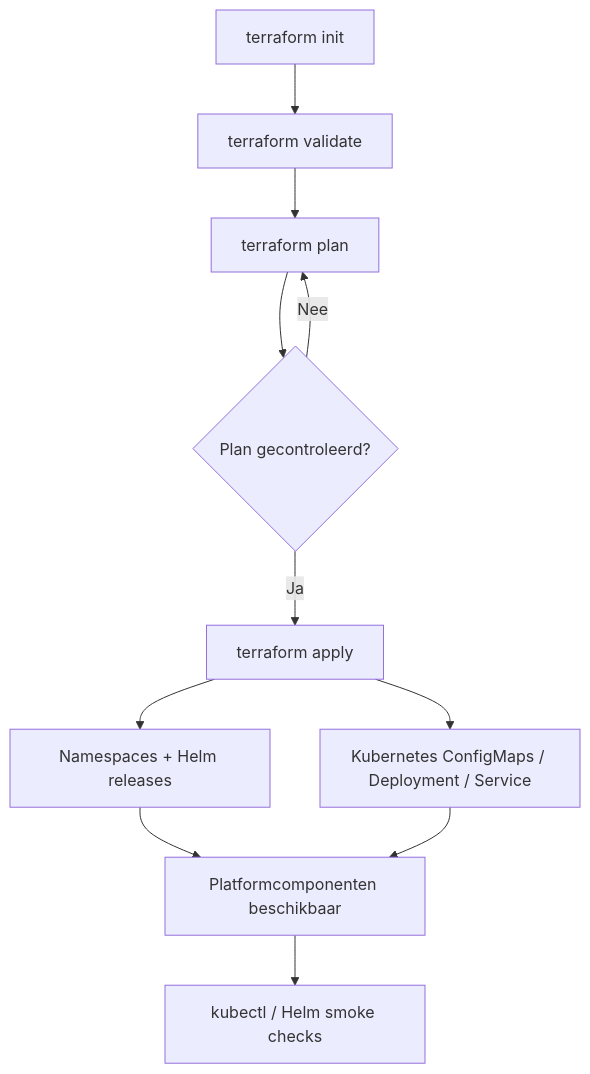
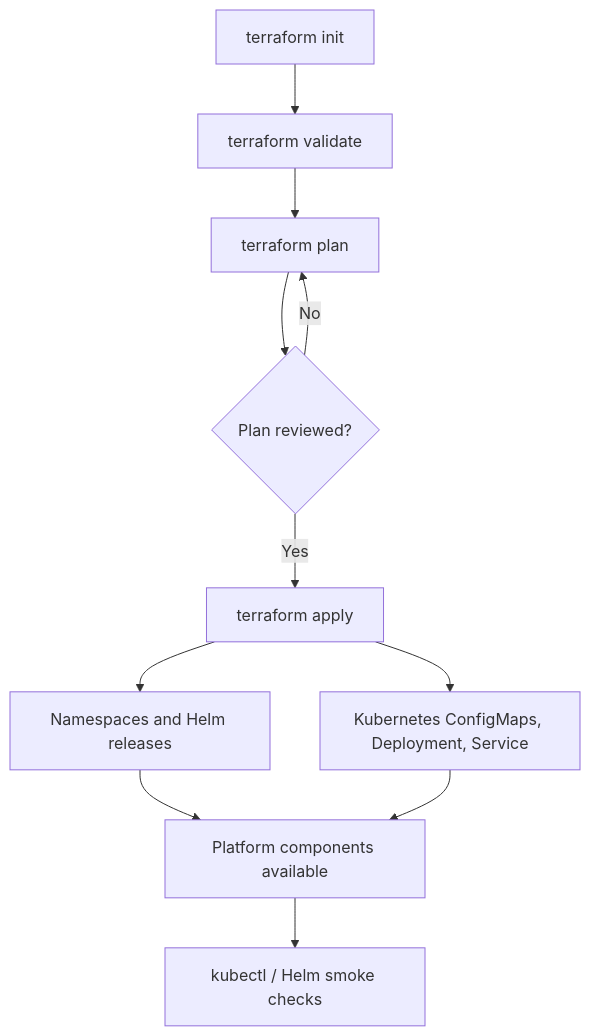
Before and after one commit to agilesolutions/AI-Incident-Commander: the diagram in terraform/README.md, drawn with Mermaid. The commit also changed other lines of this file and 6 other files, not shown here.

````diff
--- a/terraform/README.md
+++ b/terraform/README.md
@@ -250,13 +89,13 @@
 ```mermaid
 flowchart TD
-    A["terraform init"] --> B["terraform validate"]
-    B --> C["terraform plan"]
-    C --> D{"Plan gecontroleerd?"}
-    D -->|"Nee"| C
-    D -->|"Ja"| E["terraform apply"]
-    E --> F["Namespaces + Helm releases"]
-    E --> G["Kubernetes ConfigMaps / Deployment / Service"]
-    F --> H["Platformcomponenten beschikbaar"]
+    A[terraform init] --> B[terraform validate]
+    B --> C[terraform plan]
+    C --> D{Plan reviewed?}
+    D -->|No| C
+    D -->|Yes| E[terraform apply]
+    E --> F[Namespaces and Helm releases]
+    E --> G[Kubernetes ConfigMaps, Deployment, Service]
+    F --> H[Platform components available]
     G --> H
-    H --> I["kubectl / Helm smoke checks"]
+    H --> I[kubectl / Helm smoke checks]
 ```
````
